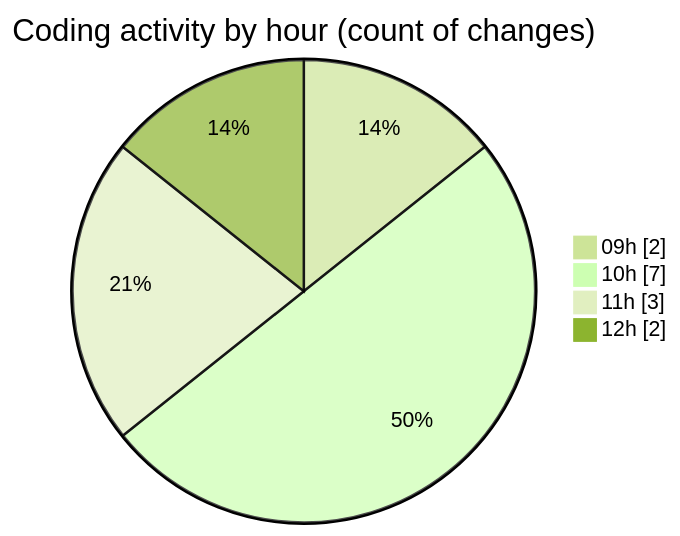
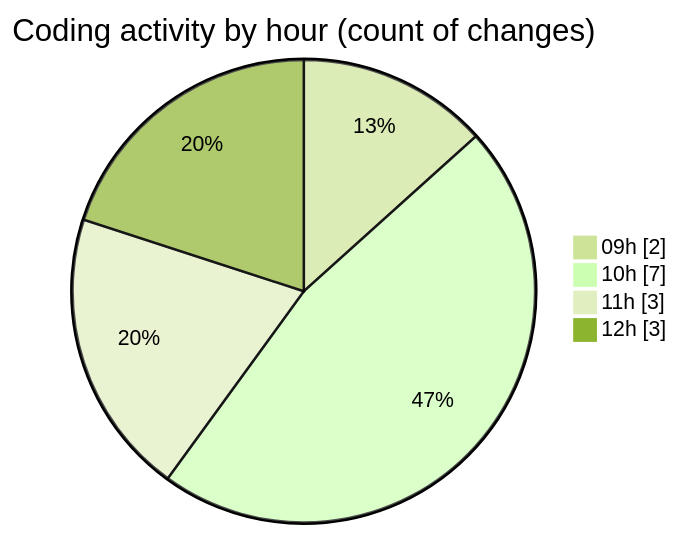
One commit to igalym/code-tracking changed the second of 2 diagrams in 2026-03-02/typescript/README.md. Above: the diagram before and after it, drawn with Mermaid (forest theme). The commit also changed other lines of this file and 1 other file, not shown here.

````diff
--- a/2026-03-02/typescript/README.md
+++ b/2026-03-02/typescript/README.md
@@ -33,8 +33,8 @@
 ```mermaid
 pie showData
 title Coding activity by hour (count of changes)
 "09h" : 2
 "10h" : 7
 "11h" : 3
-"12h" : 2
+"12h" : 3
 ```
````
